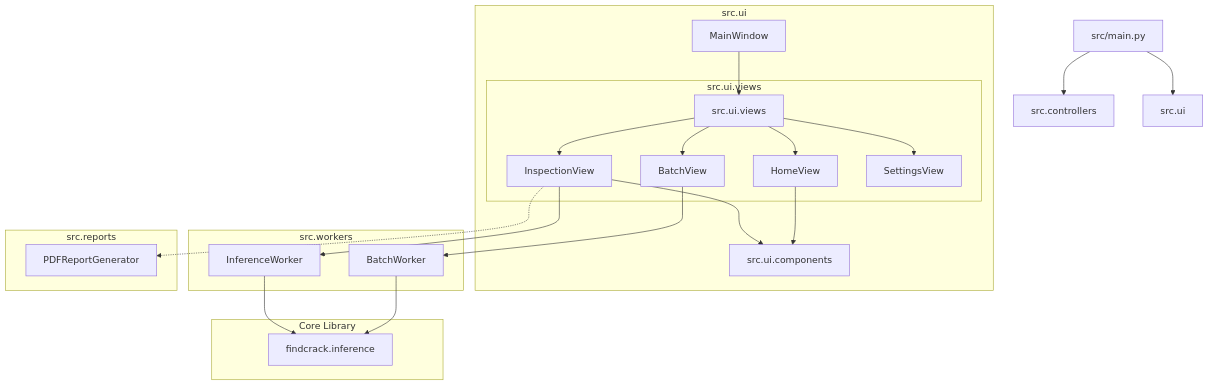
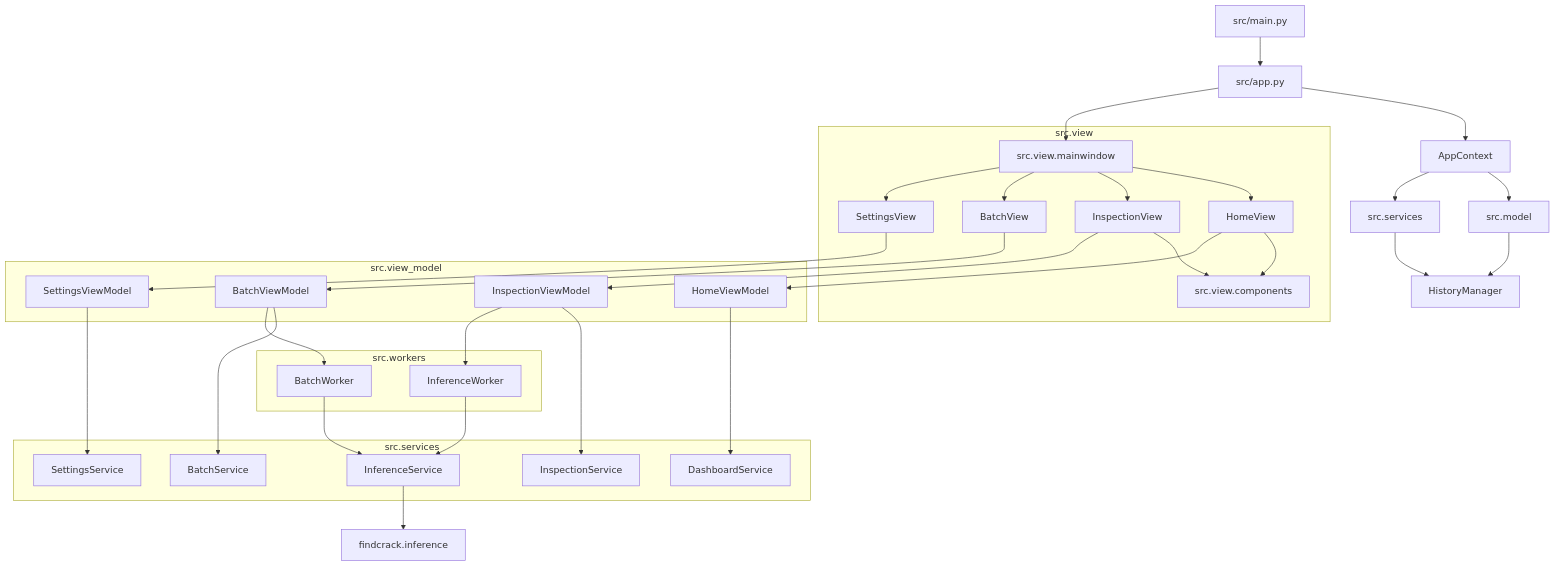
Before and after one commit to StrikerEurika/roof-crack-detection: the diagram in README.md, drawn with Mermaid. The commit also changed other lines of this file and 15 other files, not shown here.

````diff
--- a/README.md
+++ b/README.md
@@ -11,33 +11,53 @@
 ```mermaid
 graph TD
-    Entry[src/main.py] --> Controllers[src.controllers]
-    Entry --> UI[src.ui]
+    Entry[src/main.py] --> App[src/app.py]
+    App --> Context[AppContext]
+    Context --> Model[src.model]
+    Context --> Services[src.services]
+    App --> MainWindow[src.view.mainwindow]
     
-    subgraph UI Package [src.ui]
-        MainWindow[MainWindow] --> ViewsPackage[src.ui.views]
+    subgraph ViewLayer[src.view]
+        MainWindow --> HomeView[HomeView]
+        MainWindow --> InspectionView[InspectionView]
+        MainWindow --> BatchView[BatchView]
+        MainWindow --> SettingsView[SettingsView]
+        InspectionView --> Components[src.view.components]
+        HomeView --> Components
+    end
+
+    subgraph ViewModelLayer[src.view_model]
+        HomeVM[HomeViewModel]
+        InspectionVM[InspectionViewModel]
+        BatchVM[BatchViewModel]
+        SettingsVM[SettingsViewModel]
+    end
+
+    subgraph ServiceLayer[src.services]
+        DashboardService[DashboardService]
+        InspectionService[InspectionService]
+        BatchService[BatchService]
+        SettingsService[SettingsService]
+        InferenceService[InferenceService]
+    end
+
+    subgraph WorkerLayer[src.workers]
+        SingleWorker[InferenceWorker]
+        FolderWorker[BatchWorker]
+    end
         
-        subgraph Views Package [src.ui.views]
-            ViewsPackage --> Home[HomeView]
-            ViewsPackage --> Inspect[InspectionView]
-            ViewsPackage --> Batch[BatchView]
-            ViewsPackage --> Settings[SettingsView]
-        end
-        
-        Inspect --> Components[src.ui.components]
-        Home --> Components
-    end
-    
-    subgraph Workers Package [src.workers]
-        Inspect --> SingleWorker[InferenceWorker]
-        Batch --> FolderWorker[BatchWorker]
-    end
-    
-    subgraph Reports Package [src.reports]
-        Inspect -.-> PDFGen[PDFReportGenerator]
-    end
-    
-    subgraph Core Library
-        SingleWorker --> FindCrack[findcrack.inference]
-        FolderWorker --> FindCrack
-    end
+    HomeView --> HomeVM
+    InspectionView --> InspectionVM
+    BatchView --> BatchVM
+    SettingsView --> SettingsVM
+    HomeVM --> DashboardService
+    InspectionVM --> InspectionService
+    InspectionVM --> SingleWorker
+    BatchVM --> BatchService
+    BatchVM --> FolderWorker
+    SettingsVM --> SettingsService
+    SingleWorker --> InferenceService
+    FolderWorker --> InferenceService
+    InferenceService --> FindCrack[findcrack.inference]
+    Model --> HistoryManager[HistoryManager]
+    Services --> HistoryManager
 ```
````
